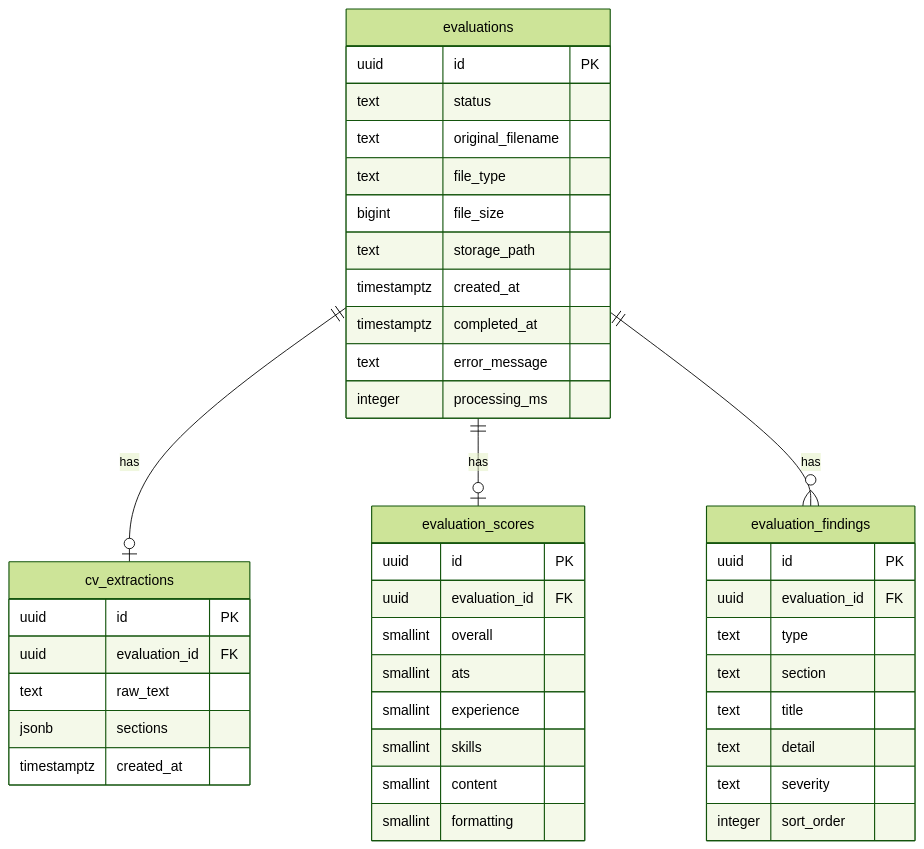
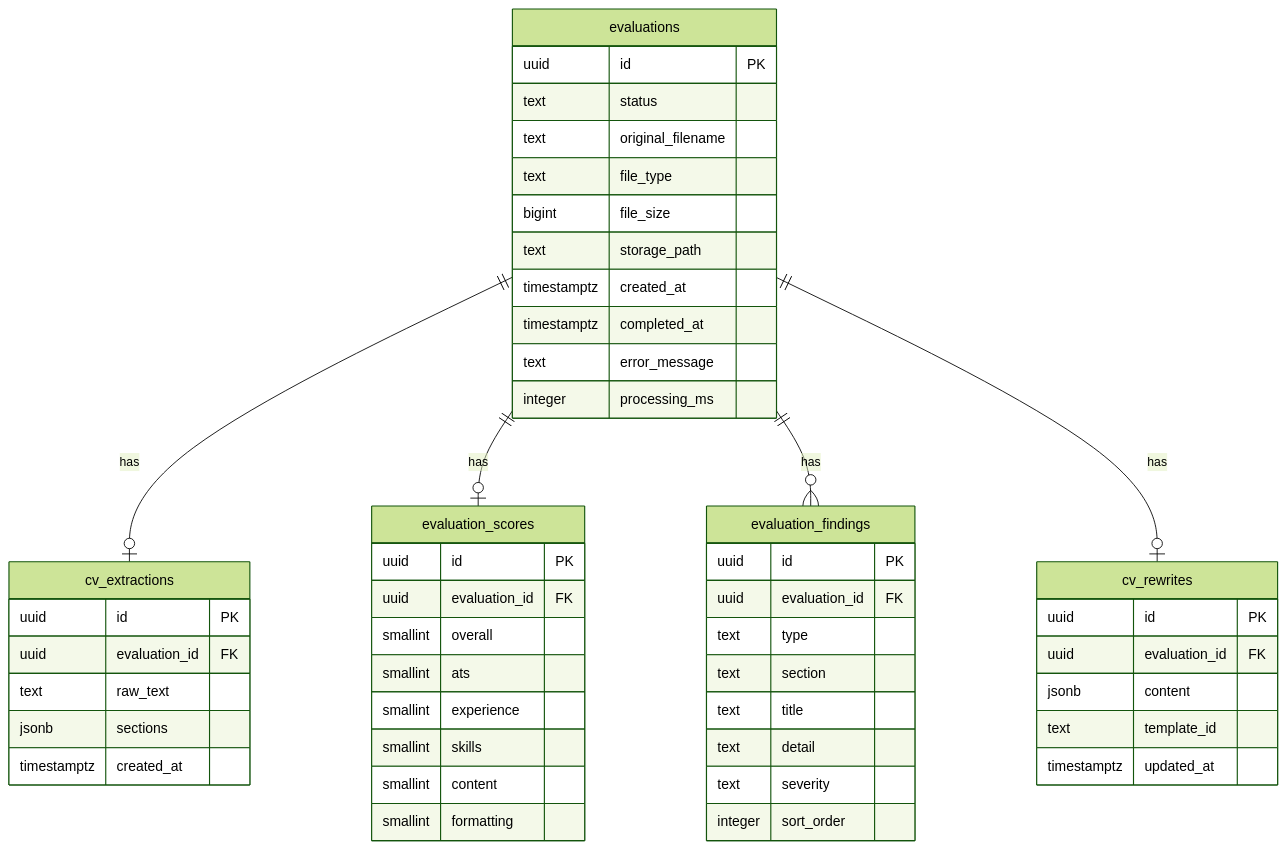
One commit to ahmed30771/cv_evaluation changed the diagram in docs/05-backend-schema.md. Above: the diagram before and after it, drawn with Mermaid (forest theme). The commit also changed other lines of this file and 51 other files, not shown here.

````diff
--- a/docs/05-backend-schema.md
+++ b/docs/05-backend-schema.md
@@ -13,49 +13,58 @@
 ```mermaid
 erDiagram
   evaluations ||--o| cv_extractions : has
   evaluations ||--o| evaluation_scores : has
   evaluations ||--o{ evaluation_findings : has
+  evaluations ||--o| cv_rewrites : has
 
   evaluations {
     uuid id PK
     text status
     text original_filename
     text file_type
     bigint file_size
     text storage_path
     timestamptz created_at
     timestamptz completed_at
     text error_message
     integer processing_ms
   }
 
   cv_extractions {
     uuid id PK
     uuid evaluation_id FK
     text raw_text
     jsonb sections
     timestamptz created_at
   }
 
   evaluation_scores {
     uuid id PK
     uuid evaluation_id FK
     smallint overall
     smallint ats
     smallint experience
     smallint skills
     smallint content
     smallint formatting
   }
 
   evaluation_findings {
     uuid id PK
     uuid evaluation_id FK
     text type
     text section
     text title
     text detail
     text severity
     integer sort_order
   }
+
+  cv_rewrites {
+    uuid id PK
+    uuid evaluation_id FK
+    jsonb content
+    text template_id
+    timestamptz updated_at
+  }
 ```
````
